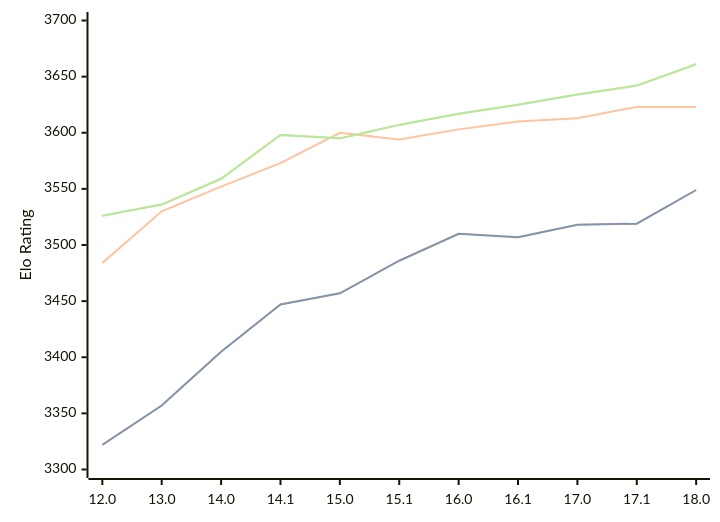
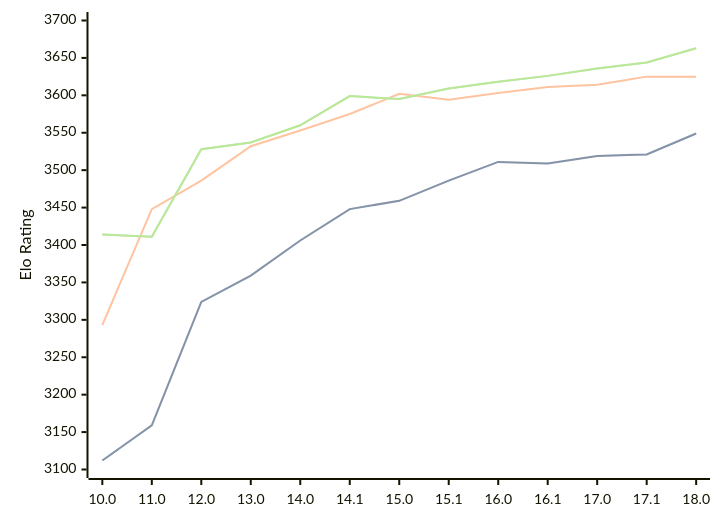
The diagram in engines/Stockfish.md (computer-chess-index/cci), drawn with Mermaid before and after one commit. The commit also changed other lines of this file, not shown here.

Commit message:
Update CCI Ratings (ELO VLTC) - 2026-02-20

````diff
--- a/engines/Stockfish.md
+++ b/engines/Stockfish.md
@@ -42,11 +42,11 @@
 ```mermaid
 %%{init: {"theme":"base","themeVariables":{"seriesColors:['#a3a3a3','#222221','#faa371']}}}%%
 xychart-beta
-  x-axis ["12.0", "13.0", "14.0", "14.1", "15.0", "15.1", "16.0", "16.1", "17.0", "17.1", "18.0"]
-  y-axis "Elo Rating" 3300 --> 3700
-  line "STC (8.0+0.08s)" [3322, 3357, 3405, 3447, 3457, 3486, 3510, 3507, 3518, 3519, 3549]
-  line "STC (8.0+0.08s)" [3322, 3357, 3405, 3447, 3457, 3486, 3510, 3507, 3518, 3519, 3549]
-  line "LTC (60.0+0.60s)" [3484, 3530, 3552, 3573, 3600, 3594, 3603, 3610, 3613, 3623, 3623]
-  line "VLTC (2m24s+1.12s)" [3526, 3536, 3559, 3598, 3595, 3607, 3617, 3625, 3634, 3642, 3661]
-  line "VLTC (2m24s+1.12s)" [3526, 3536, 3559, 3598, 3595, 3607, 3617, 3625, 3634, 3642, 3661]
+  x-axis ["10.0", "11.0", "12.0", "13.0", "14.0", "14.1", "15.0", "15.1", "16.0", "16.1", "17.0", "17.1", "18.0"]
+  y-axis "Elo Rating" 3100 --> 3700
+  line "STC (8.0+0.08s)" [3112, 3159, 3324, 3359, 3406, 3448, 3459, 3486, 3511, 3509, 3519, 3521, 3549]
+  line "STC (8.0+0.08s)" [3112, 3159, 3324, 3359, 3406, 3448, 3459, 3486, 3511, 3509, 3519, 3521, 3549]
+  line "LTC (60.0+0.60s)" [3293, 3448, 3486, 3532, 3553, 3575, 3602, 3594, 3603, 3611, 3614, 3625, 3625]
+  line "VLTC (2m24s+1.12s)" [3414, 3411, 3528, 3537, 3560, 3599, 3595, 3609, 3618, 3626, 3636, 3644, 3663]
+  line "VLTC (2m24s+1.12s)" [3414, 3411, 3528, 3537, 3560, 3599, 3595, 3609, 3618, 3626, 3636, 3644, 3663]
 ```
````
